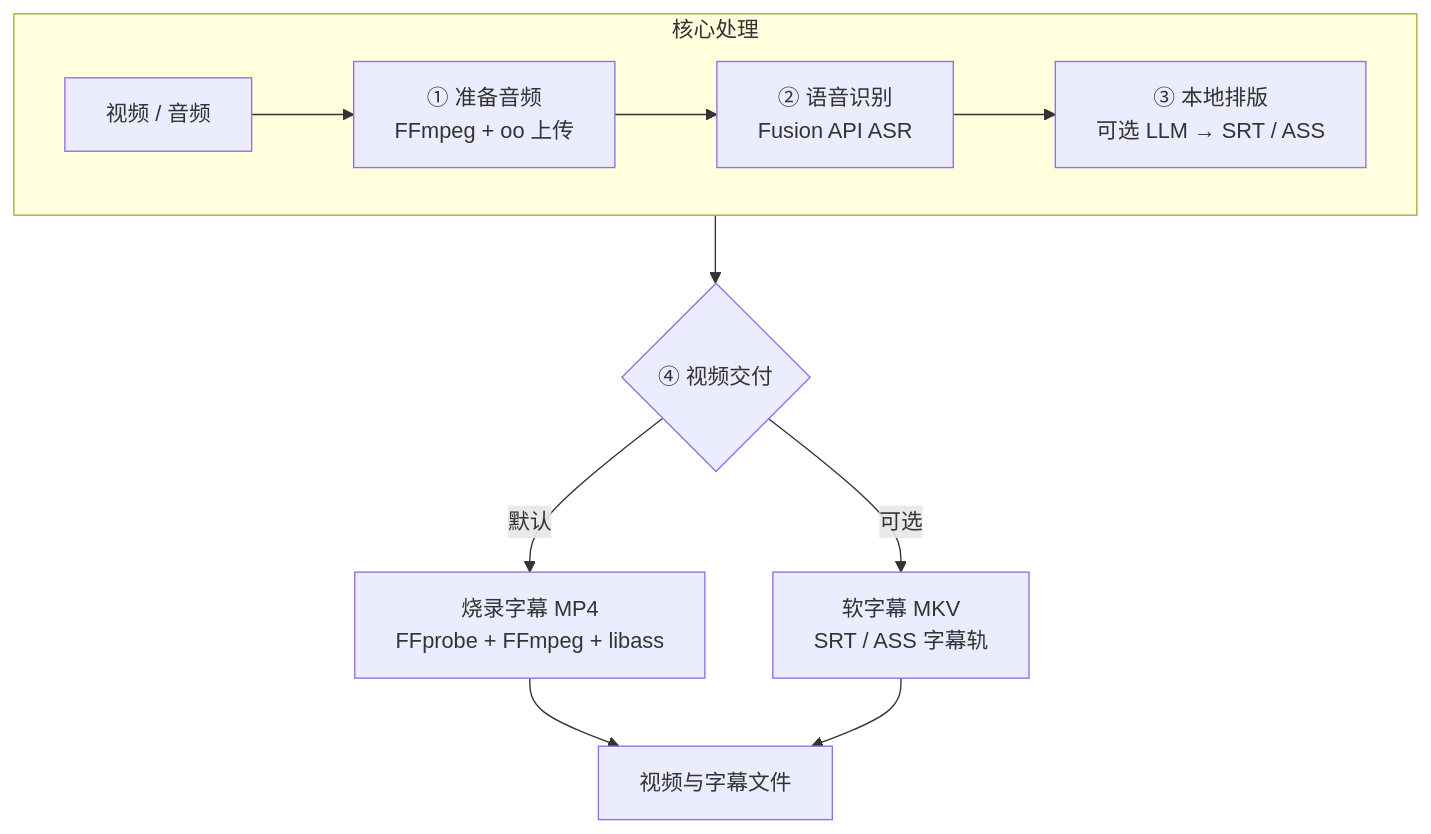
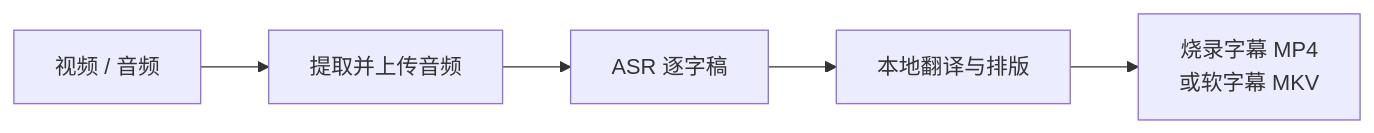
Before and after one commit to oomol-lab/video-subtitle-translator: the diagram in README.zh-CN.md, drawn with Mermaid. The commit also changed other lines of this file and 3 other files, not shown here.

````diff
--- a/README.zh-CN.md
+++ b/README.zh-CN.md
@@ -48,17 +36,7 @@
 ```mermaid
-flowchart TB
-    subgraph CORE["核心处理"]
-        direction LR
-        INPUT["视频 / 音频"]
-        PREP["① 准备音频<br/>FFmpeg + oo 上传"]
-        ASR["② 语音识别<br/>Fusion API ASR"]
-        LOCAL["③ 本地排版<br/>可选 LLM → SRT / ASS"]
-        INPUT --> PREP --> ASR --> LOCAL
-    end
-
-    LOCAL --> DELIVERY{"④ 视频交付"}
-    DELIVERY -->|"默认"| BURN["烧录字幕 MP4<br/>FFprobe + FFmpeg + libass"]
-    DELIVERY -->|"可选"| MKV["软字幕 MKV<br/>SRT / ASS 字幕轨"]
-    BURN --> OUTPUT["视频与字幕文件"]
-    MKV --> OUTPUT
+flowchart LR
+    INPUT["视频 / 音频"] --> AUDIO["提取并上传音频"]
+    AUDIO --> ASR["ASR 逐字稿"]
+    ASR --> LOCAL["本地翻译与排版"]
+    LOCAL --> OUTPUT["烧录字幕 MP4<br/>或软字幕 MKV"]
 ```
````
